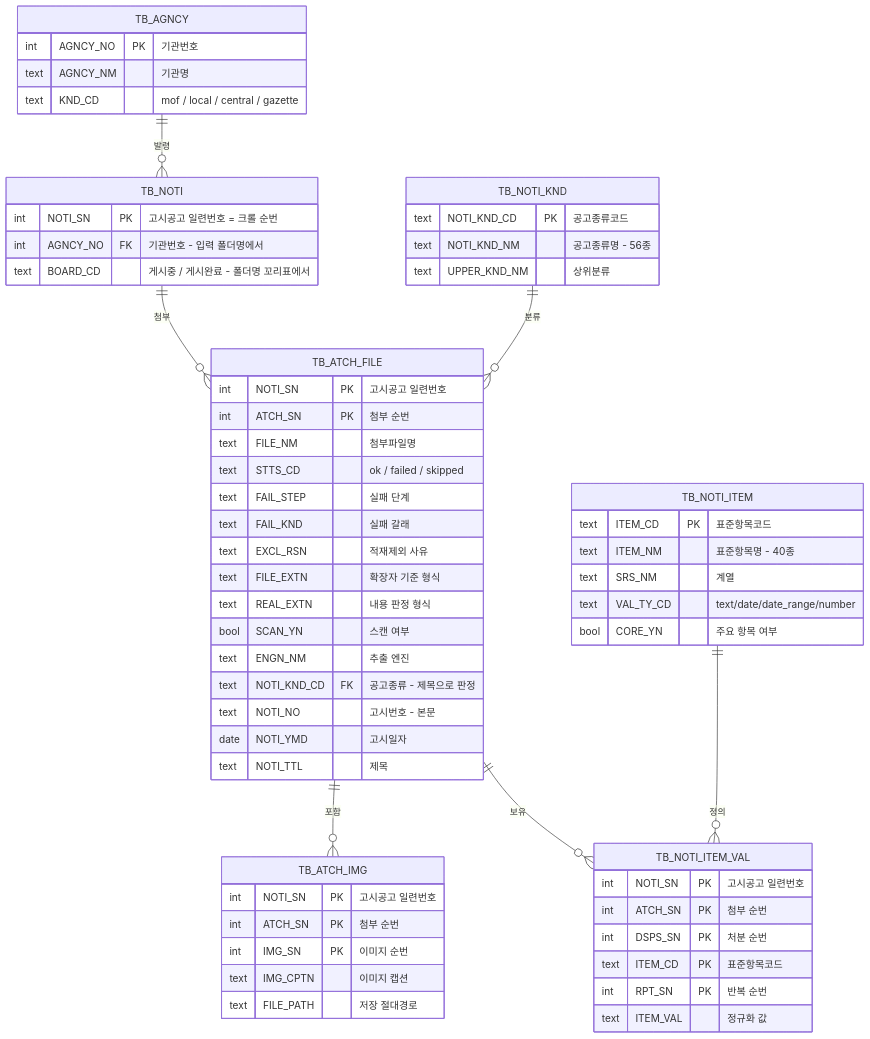
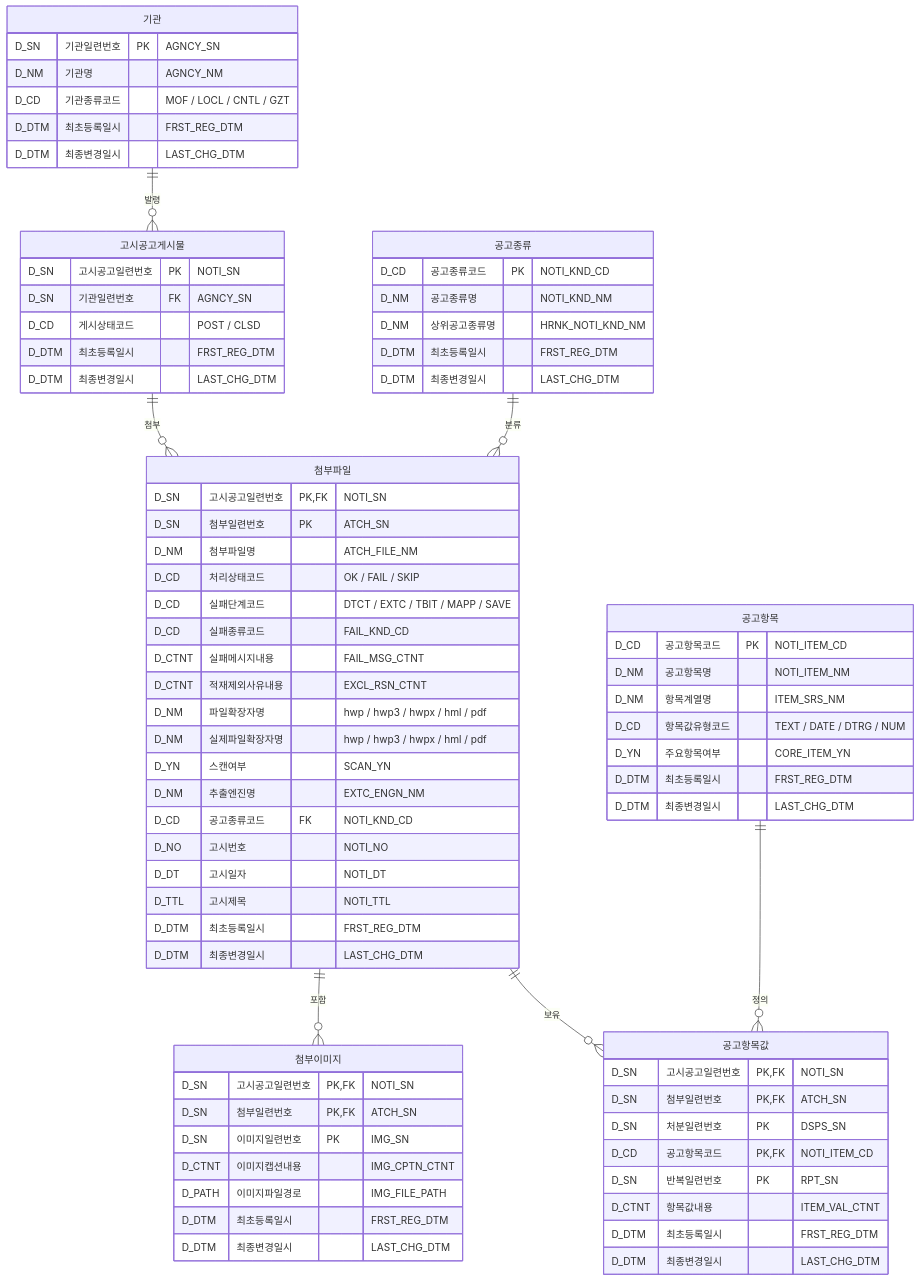
The diagram in README.md (Team-All4Land/All4Land_java-pipeline), drawn with Mermaid before and after one commit. The commit also changed other lines of this file and 52 other files, not shown here.

````diff
--- a/README.md
+++ b/README.md
@@ -633,64 +641,79 @@
 ```mermaid
 erDiagram
-    TB_AGNCY      ||--o{ TB_NOTI : "발령"
-    TB_NOTI       ||--o{ TB_ATCH_FILE : "첨부"
-    TB_ATCH_FILE  ||--o{ TB_ATCH_IMG : "포함"
-    TB_ATCH_FILE  ||--o{ TB_NOTI_ITEM_VAL : "보유"
-    TB_NOTI_KND   ||--o{ TB_ATCH_FILE : "분류"
-    TB_NOTI_ITEM  ||--o{ TB_NOTI_ITEM_VAL : "정의"
+    기관 ||--o{ 고시공고게시물 : "발령"
+    고시공고게시물 ||--o{ 첨부파일 : "첨부"
+    첨부파일 ||--o{ 첨부이미지 : "포함"
+    첨부파일 ||--o{ 공고항목값 : "보유"
+    공고종류 ||--o{ 첨부파일 : "분류"
+    공고항목 ||--o{ 공고항목값 : "정의"
 
-    TB_AGNCY {
-        int AGNCY_NO PK "기관번호"
-        text AGNCY_NM "기관명"
-        text KND_CD "mof / local / central / gazette"
+    기관 {
+        D_SN 기관일련번호 PK "AGNCY_SN"
+        D_NM 기관명 "AGNCY_NM"
+        D_CD 기관종류코드 "MOF / LOCL / CNTL / GZT"
+        D_DTM 최초등록일시 "FRST_REG_DTM"
+        D_DTM 최종변경일시 "LAST_CHG_DTM"
     }
-    TB_NOTI {
-        int NOTI_SN PK "고시공고 일련번호 = 크롤 순번"
-        int AGNCY_NO FK "기관번호 - 입력 폴더명에서"
-        text BOARD_CD "게시중 / 게시완료 - 폴더명 꼬리표에서"
+    고시공고게시물 {
+        D_SN 고시공고일련번호 PK "NOTI_SN"
+        D_SN 기관일련번호 FK "AGNCY_SN"
+        D_CD 게시상태코드 "POST / CLSD"
+        D_DTM 최초등록일시 "FRST_REG_DTM"
+        D_DTM 최종변경일시 "LAST_CHG_DTM"
     }
-    TB_NOTI_KND {
-        text NOTI_KND_CD PK "공고종류코드"
-        text NOTI_KND_NM "공고종류명 - 56종"
-        text UPPER_KND_NM "상위분류"
+    첨부파일 {
+        D_SN 고시공고일련번호 PK,FK "NOTI_SN"
+        D_SN 첨부일련번호 PK "ATCH_SN"
+        D_NM 첨부파일명 "ATCH_FILE_NM"
+        D_CD 처리상태코드 "OK / FAIL / SKIP"
+        D_CD 실패단계코드 "DTCT / EXTC / TBIT / MAPP / SAVE"
+        D_CD 실패종류코드 "FAIL_KND_CD"
+        D_CTNT 실패메시지내용 "FAIL_MSG_CTNT"
+        D_CTNT 적재제외사유내용 "EXCL_RSN_CTNT"
+        D_NM 파일확장자명 "hwp / hwp3 / hwpx / hml / pdf"
+        D_NM 실제파일확장자명 "hwp / hwp3 / hwpx / hml / pdf"
+        D_YN 스캔여부 "SCAN_YN"
+        D_NM 추출엔진명 "EXTC_ENGN_NM"
+        D_CD 공고종류코드 FK "NOTI_KND_CD"
+        D_NO 고시번호 "NOTI_NO"
+        D_DT 고시일자 "NOTI_DT"
+        D_TTL 고시제목 "NOTI_TTL"
+        D_DTM 최초등록일시 "FRST_REG_DTM"
+        D_DTM 최종변경일시 "LAST_CHG_DTM"
     }
-    TB_ATCH_FILE {
-        int NOTI_SN PK "고시공고 일련번호"
-        int ATCH_SN PK "첨부 순번"
-        text FILE_NM "첨부파일명"
-        text STTS_CD "ok / failed / skipped"
-        text FAIL_STEP "실패 단계"
-        text FAIL_KND "실패 갈래"
-        text EXCL_RSN "적재제외 사유"
-        text FILE_EXTN "확장자 기준 형식"
-        text REAL_EXTN "내용 판정 형식"
-        bool SCAN_YN "스캔 여부"
-        text ENGN_NM "추출 엔진"
-        text NOTI_KND_CD FK "공고종류 - 제목으로 판정"
-        text NOTI_NO "고시번호 - 본문"
-        date NOTI_YMD "고시일자"
-        text NOTI_TTL "제목"
+    첨부이미지 {
+        D_SN 고시공고일련번호 PK,FK "NOTI_SN"
+        D_SN 첨부일련번호 PK,FK "ATCH_SN"
+        D_SN 이미지일련번호 PK "IMG_SN"
+        D_CTNT 이미지캡션내용 "IMG_CPTN_CTNT"
+        D_PATH 이미지파일경로 "IMG_FILE_PATH"
+        D_DTM 최초등록일시 "FRST_REG_DTM"
+        D_DTM 최종변경일시 "LAST_CHG_DTM"
     }
-    TB_ATCH_IMG {
-        int NOTI_SN PK "고시공고 일련번호"
-        int ATCH_SN PK "첨부 순번"
-        int IMG_SN PK "이미지 순번"
-        text IMG_CPTN "이미지 캡션"
-        text FILE_PATH "저장 절대경로"
+    공고항목값 {
+        D_SN 고시공고일련번호 PK,FK "NOTI_SN"
+        D_SN 첨부일련번호 PK,FK "ATCH_SN"
+        D_SN 처분일련번호 PK "DSPS_SN"
+        D_CD 공고항목코드 PK,FK "NOTI_ITEM_CD"
+        D_SN 반복일련번호 PK "RPT_SN"
+        D_CTNT 항목값내용 "ITEM_VAL_CTNT"
+        D_DTM 최초등록일시 "FRST_REG_DTM"
+        D_DTM 최종변경일시 "LAST_CHG_DTM"
     }
-    TB_NOTI_ITEM {
-        text ITEM_CD PK "표준항목코드"
-        text ITEM_NM "표준항목명 - 40종"
-        text SRS_NM "계열"
-        text VAL_TY_CD "text/date/date_range/number"
-        bool CORE_YN "주요 항목 여부"
+    공고종류 {
+        D_CD 공고종류코드 PK "NOTI_KND_CD"
+        D_NM 공고종류명 "NOTI_KND_NM"
+        D_NM 상위공고종류명 "HRNK_NOTI_KND_NM"
+        D_DTM 최초등록일시 "FRST_REG_DTM"
+        D_DTM 최종변경일시 "LAST_CHG_DTM"
     }
-    TB_NOTI_ITEM_VAL {
-        int NOTI_SN PK "고시공고 일련번호"
-        int ATCH_SN PK "첨부 순번"
-        int DSPS_SN PK "처분 순번"
-        text ITEM_CD PK "표준항목코드"
-        int RPT_SN PK "반복 순번"
-        text ITEM_VAL "정규화 값"
+    공고항목 {
+        D_CD 공고항목코드 PK "NOTI_ITEM_CD"
+        D_NM 공고항목명 "NOTI_ITEM_NM"
+        D_NM 항목계열명 "ITEM_SRS_NM"
+        D_CD 항목값유형코드 "TEXT / DATE / DTRG / NUM"
+        D_YN 주요항목여부 "CORE_ITEM_YN"
+        D_DTM 최초등록일시 "FRST_REG_DTM"
+        D_DTM 최종변경일시 "LAST_CHG_DTM"
     }
 ```
````
